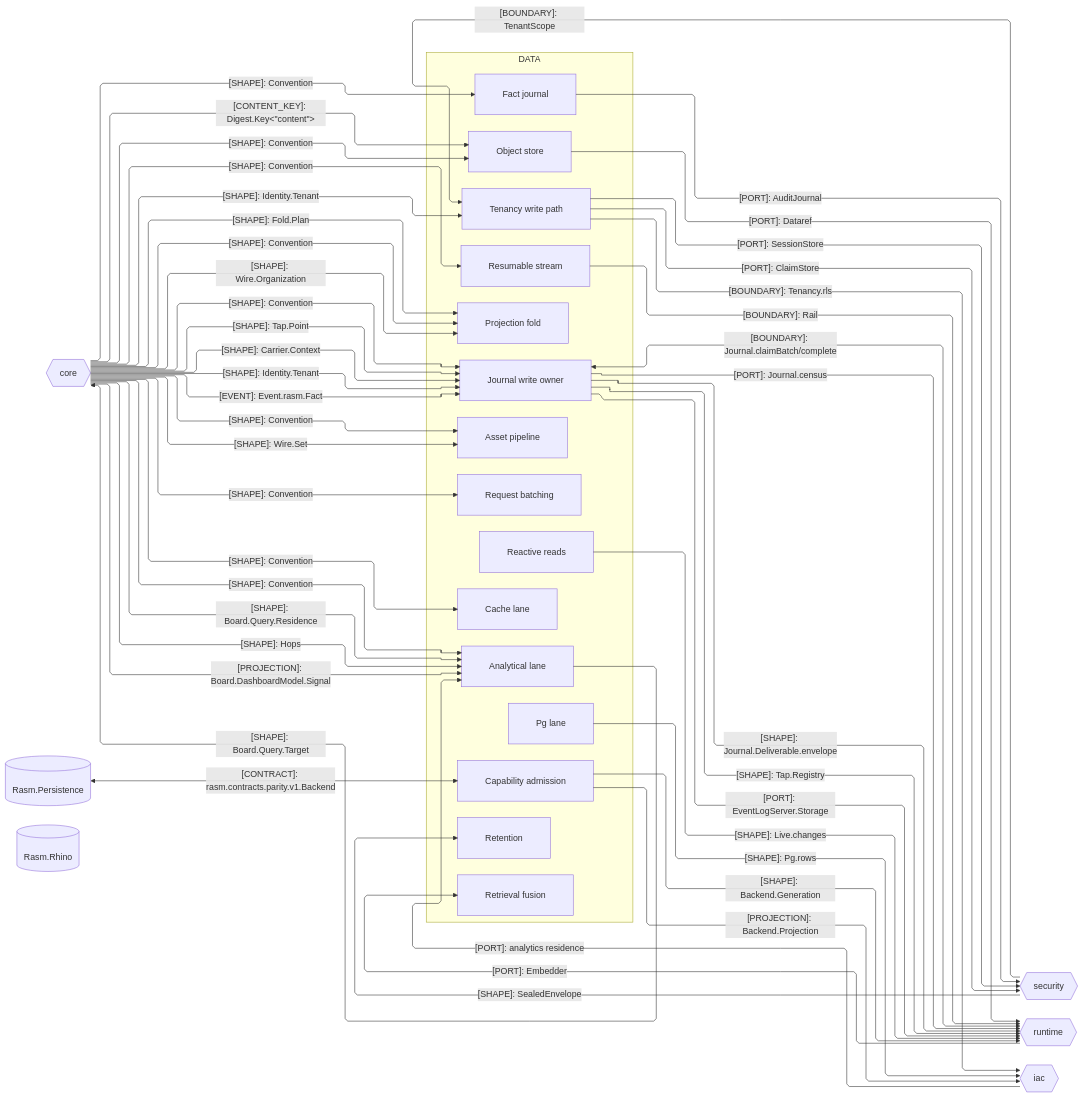
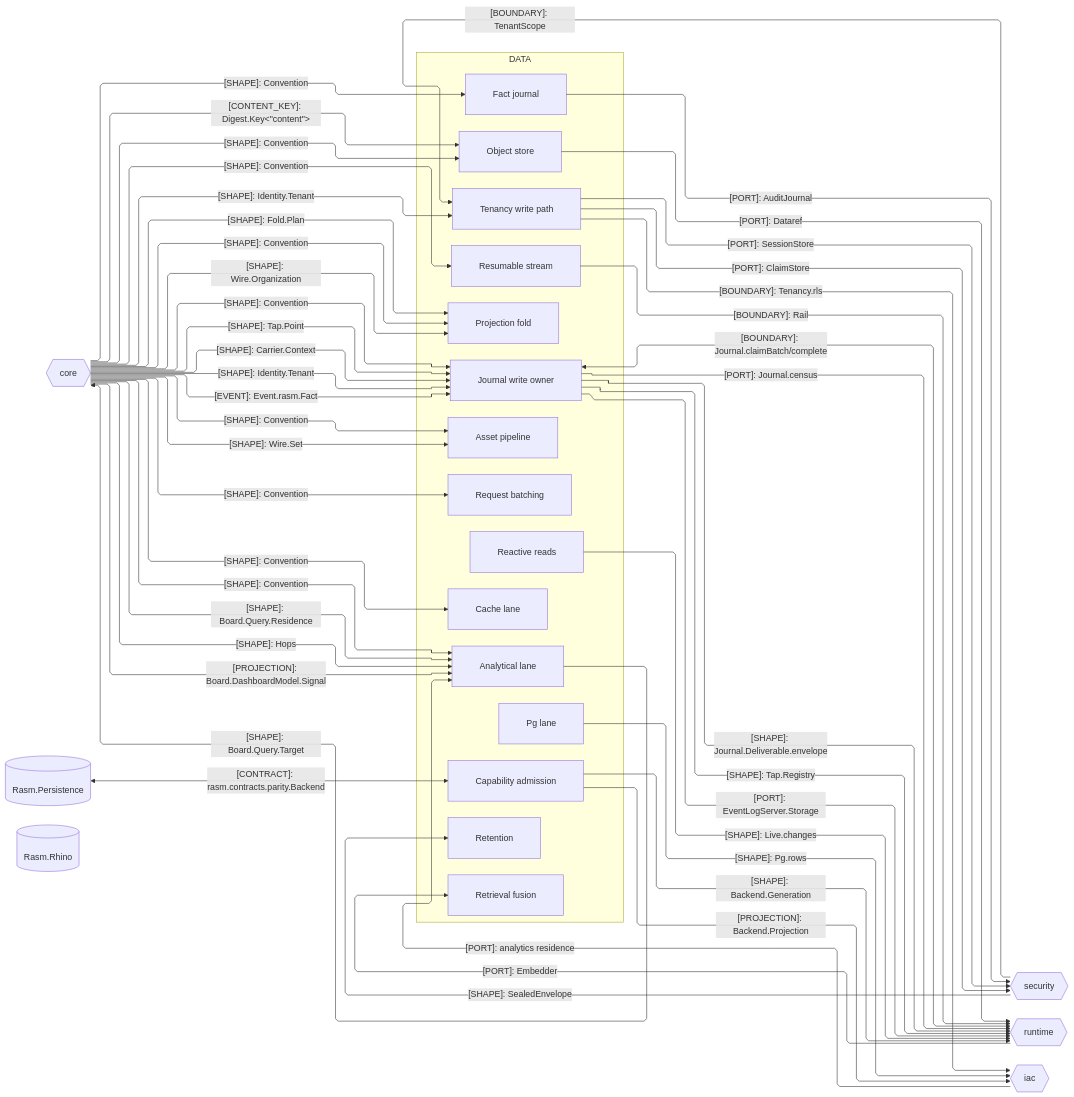
Before and after one commit to bsamiee/Rasm: the second of 3 diagrams in libs/typescript/data/ARCHITECTURE.md, drawn with Mermaid. The commit also changed other lines of this file and 640 other files, not shown here.

````diff
--- a/libs/typescript/data/ARCHITECTURE.md
+++ b/libs/typescript/data/ARCHITECTURE.md
@@ -108,77 +108,77 @@
 ```mermaid
 ---
 config:
   layout: elk
   flowchart:
     curve: linear
     padding: 25
 ---
 flowchart LR
     accTitle: Data package seam registry
     accDescr: Data exchanges custody, tenancy, hook, backend, and Board.Query contracts with branch peers and Rasm.Persistence.
     subgraph data[DATA]
         Fold[Projection fold]
         Store[Object store]
         Tenant[Tenancy write path]
         Retain[Retention]
         Append[Journal write owner]
         Live[Reactive reads]
         Stream[Resumable stream]
         Search[Retrieval fusion]
         Postgres[Pg lane]
         Capability[Capability admission]
         Fact[Fact journal]
         Batch[Request batching]
         Cache[Cache lane]
         Olap[Analytical lane]
         Asset[Asset pipeline]
     end
     Core{{core}}
     Security{{security}}
     Runtime{{runtime}}
     Iac{{iac}}
     Persistence[(Rasm.Persistence)]
     Rhino[(Rasm.Rhino)]
     Core e1@-->|"[SHAPE]: Fold.Plan"| Fold
     Core e2@-->|"[CONTENT_KEY]: Digest.Key&lt;&quot;content&quot;&gt;"| Store
     Core e3@-->|"[SHAPE]: Identity.Tenant"| Tenant
     Tenant e4@-->|"[PORT]: SessionStore"| Security
     Security e5@-->|"[BOUNDARY]: TenantScope"| Tenant
     Security e6@-->|"[SHAPE]: SealedEnvelope"| Retain
     Append e7@<-->|"[BOUNDARY]: Journal.claimBatch/complete"| Runtime
     Live e8@-->|"[SHAPE]: Live.changes"| Runtime
     Stream e9@-->|"[BOUNDARY]: Rail"| Runtime
     Runtime e10@-->|"[PORT]: Embedder"| Search
     Postgres e11@-->|"[SHAPE]: Pg.rows"| Iac
     Tenant e12@-->|"[BOUNDARY]: Tenancy.rls"| Iac
     Core e13@-->|"[SHAPE]: Convention"| Append
     Core e14@-->|"[SHAPE]: Convention"| Fold
     Append e15@-->|"[PORT]: Journal.census"| Runtime
     Tenant e16@-->|"[PORT]: ClaimStore"| Security
     Core e17@-->|"[SHAPE]: Convention"| Fact
     Core e18@-->|"[SHAPE]: Convention"| Batch
     Core e19@-->|"[SHAPE]: Convention"| Store
     Core e20@-->|"[SHAPE]: Convention"| Stream
     Core e21@-->|"[SHAPE]: Convention"| Cache
     Core e22@-->|"[SHAPE]: Convention"| Olap
     Append e23@-->|"[SHAPE]: Journal.Deliverable.envelope"| Runtime
     Core e24@-->|"[SHAPE]: Tap.Point"| Append
     Append e25@-->|"[SHAPE]: Tap.Registry"| Runtime
     Capability e26@-->|"[PROJECTION]: Backend.Projection"| Iac
     Capability e27@-->|"[SHAPE]: Backend.Generation"| Runtime
-    Persistence e28@<-->|"[CONTRACT]: rasm.contracts.parity.v1.Backend"| Capability
+    Persistence e28@<-->|"[CONTRACT]: rasm.contracts.parity.Backend"| Capability
     Fact e29@-->|"[PORT]: AuditJournal"| Security
     Core e30@-->|"[SHAPE]: Board.Query.Residence"| Olap
     Core e31@-->|"[SHAPE]: Hops"| Olap
     Olap e32@-->|"[SHAPE]: Board.Query.Target"| Core
     Core e33@-->|"[PROJECTION]: Board.DashboardModel.Signal"| Olap
     Iac e34@-->|"[PORT]: analytics residence"| Olap
     Core e35@-->|"[SHAPE]: Convention"| Asset
     Core e36@-->|"[SHAPE]: Wire.Set"| Asset
     Core e37@-->|"[SHAPE]: Wire.Organization"| Fold
     Core e38@-->|"[SHAPE]: Carrier.Context"| Append
     Core e39@-->|"[SHAPE]: Identity.Tenant"| Append
     Core e40@-->|"[EVENT]: Event.rasm.Fact"| Append
     Append e41@-->|"[PORT]: EventLogServer.Storage"| Runtime
     Store e42@-->|"[PORT]: Dataref"| Runtime
 ```
````
